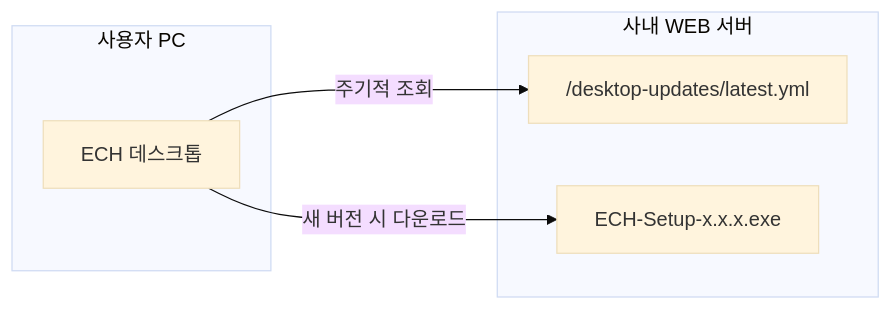
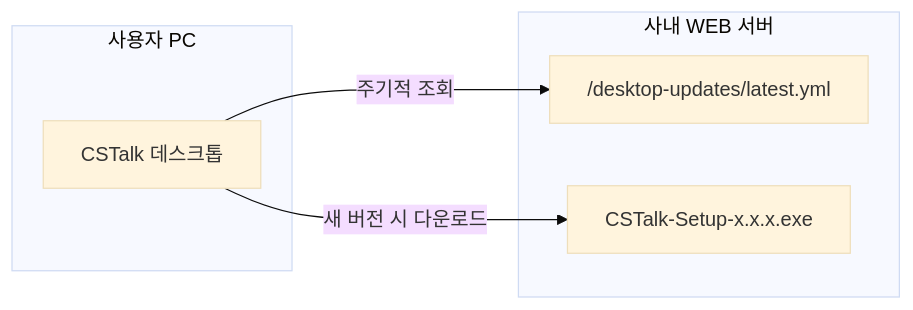
The diagram in docs/DEPLOYMENT_WINDOWS.md (Jin-Ra-Men/Enterprise-Collaboration-Hub-ECH-), drawn with Mermaid (base theme) before and after one commit. The commit also changed other lines of this file and 36 other files, not shown here.

````diff
--- a/docs/DEPLOYMENT_WINDOWS.md
+++ b/docs/DEPLOYMENT_WINDOWS.md
@@ -122,12 +122,12 @@
 ```mermaid
 flowchart LR
   subgraph client [사용자 PC]
-    A[ECH 데스크톱]
+    A[CSTalk 데스크톱]
   end
   subgraph server [사내 WEB 서버]
     B["/desktop-updates/latest.yml"]
-    C["ECH-Setup-x.x.x.exe"]
+    C["CSTalk-Setup-x.x.x.exe"]
   end
   A -->|주기적 조회| B
   A -->|새 버전 시 다운로드| C
 ```
````
